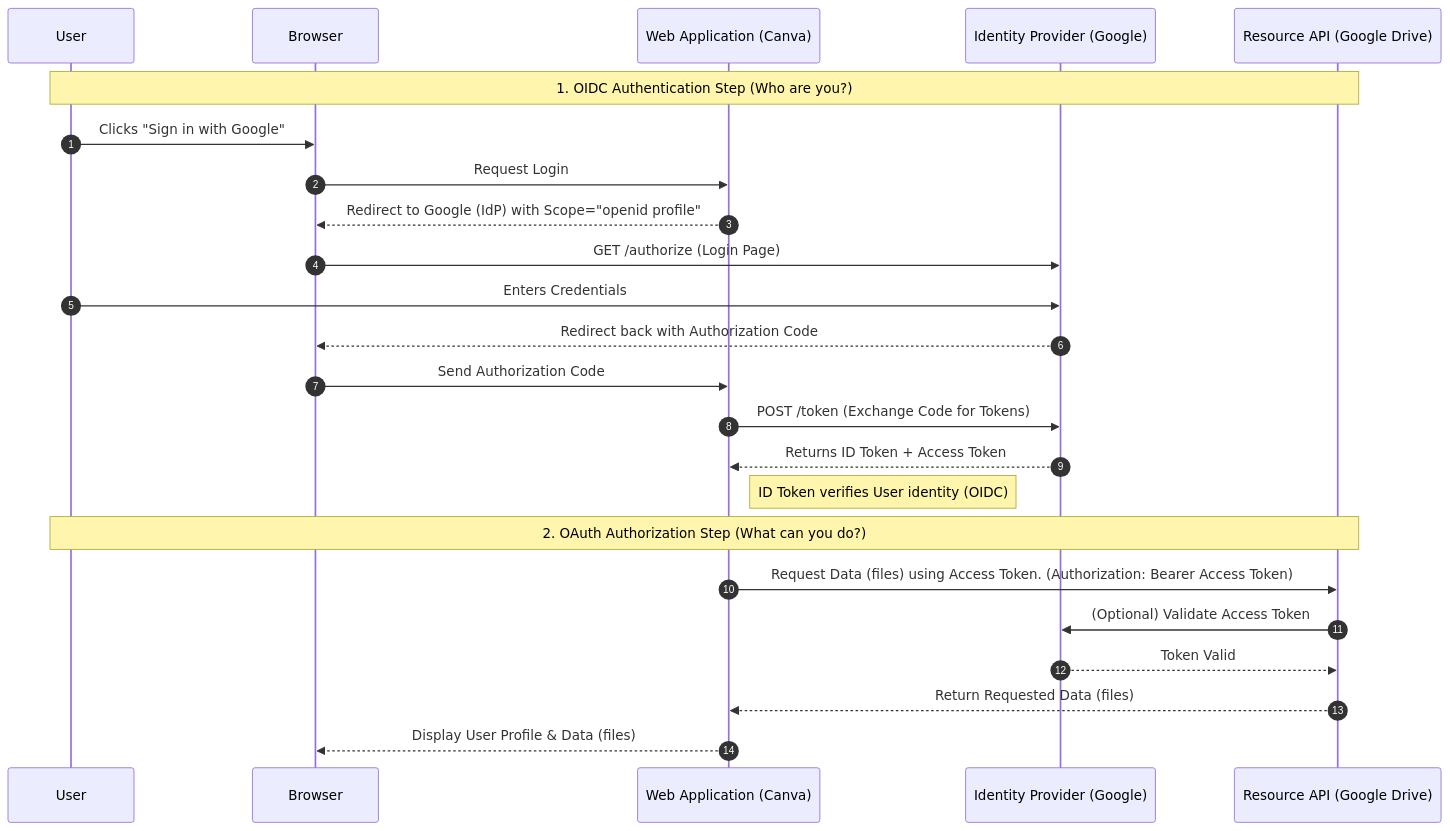
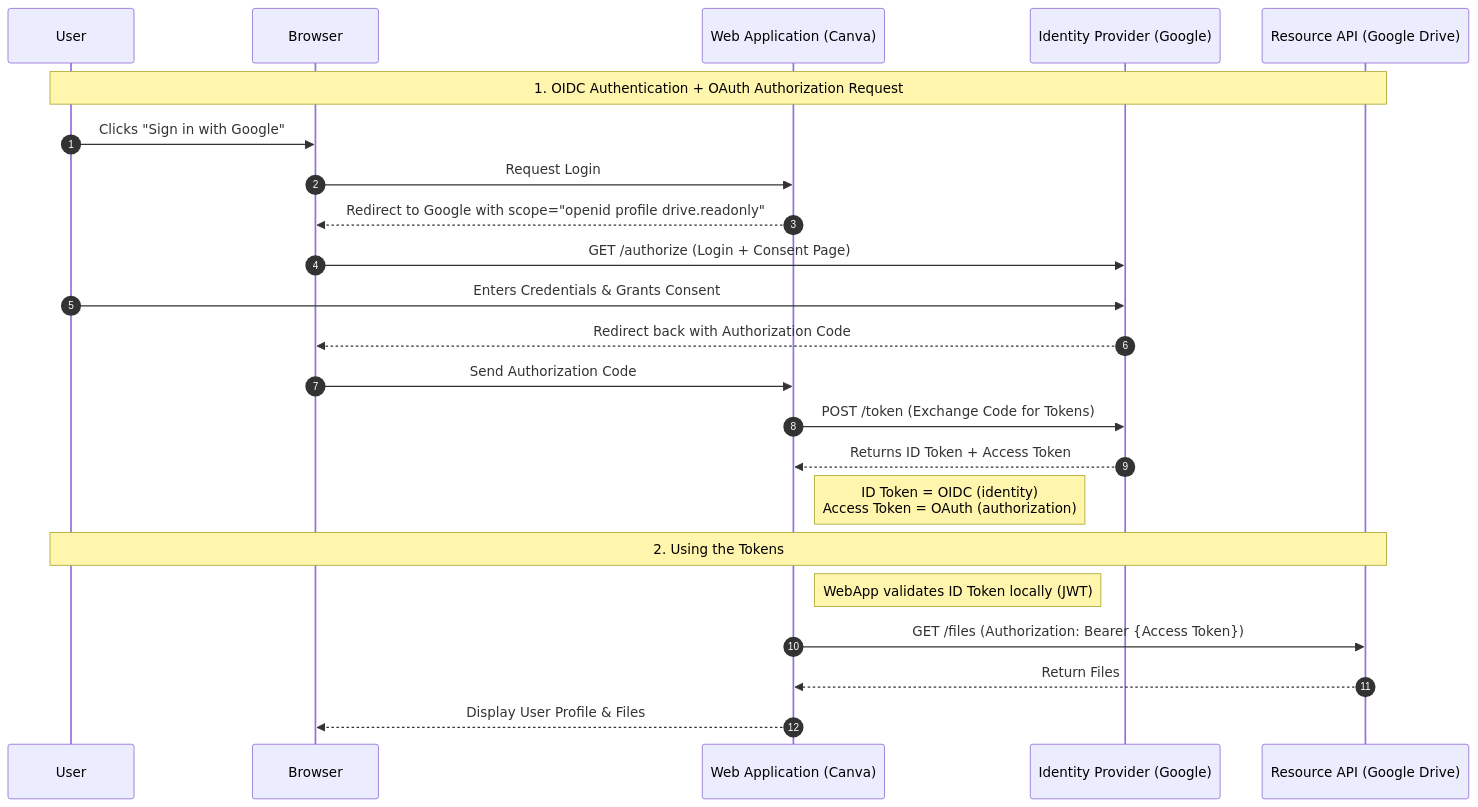
The first of 2 diagrams in blog/blog/2025-11-25-OAuth 2.0-OAuth 2.1-OIDC-&-SSO—a-practical-primer.md (AkshayDwarakanath/AkshayDwarakanath.github.io), drawn with Mermaid before and after one commit. The commit also changed other lines of this file, not shown here.

````diff
--- a/blog/blog/2025-11-25-OAuth 2.0-OAuth 2.1-OIDC-&-SSO—a-practical-primer.md
+++ b/blog/blog/2025-11-25-OAuth 2.0-OAuth 2.1-OIDC-&-SSO—a-practical-primer.md
@@ -103,31 +103,28 @@
 ```mermaid
 sequenceDiagram
    autonumber
    participant User
    participant Browser
    participant WebApp as Web Application (Canva)
    participant IdP as Identity Provider (Google)
    participant API as Resource API (Google Drive)
 
-
-   Note over User, API: 1. OIDC Authentication Step (Who are you?)
+   Note over User, API: 1. OIDC Authentication + OAuth Authorization Request
    User->>Browser: Clicks "Sign in with Google"
    Browser->>WebApp: Request Login
-   WebApp-->>Browser: Redirect to Google (IdP) with Scope="openid profile"
-   Browser->>IdP: GET /authorize (Login Page)
-   User->>IdP: Enters Credentials
+   WebApp-->>Browser: Redirect to Google with scope="openid profile drive.readonly"
+   Browser->>IdP: GET /authorize (Login + Consent Page)
+   User->>IdP: Enters Credentials & Grants Consent
    IdP-->>Browser: Redirect back with Authorization Code
    Browser->>WebApp: Send Authorization Code
 
    WebApp->>IdP: POST /token (Exchange Code for Tokens)
    IdP-->>WebApp: Returns ID Token + Access Token
-   Note right of WebApp: ID Token verifies User identity (OIDC)
+   Note right of WebApp: ID Token = OIDC (identity)<br/>Access Token = OAuth (authorization)
 
-
-   Note over User, API: 2. OAuth Authorization Step (What can you do?)
-   WebApp->>API: Request Data (files) using Access Token. (Authorization: Bearer Access Token)
-   API->>IdP: (Optional) Validate Access Token
-   IdP-->>API: Token Valid
-   API-->>WebApp: Return Requested Data (files)
-   WebApp-->>Browser: Display User Profile & Data (files)
+   Note over User, API: 2. Using the Tokens
+   Note right of WebApp: WebApp validates ID Token locally (JWT)
+   WebApp->>API: GET /files (Authorization: Bearer {Access Token})
+   API-->>WebApp: Return Files
+   WebApp-->>Browser: Display User Profile & Files
 ```
````
